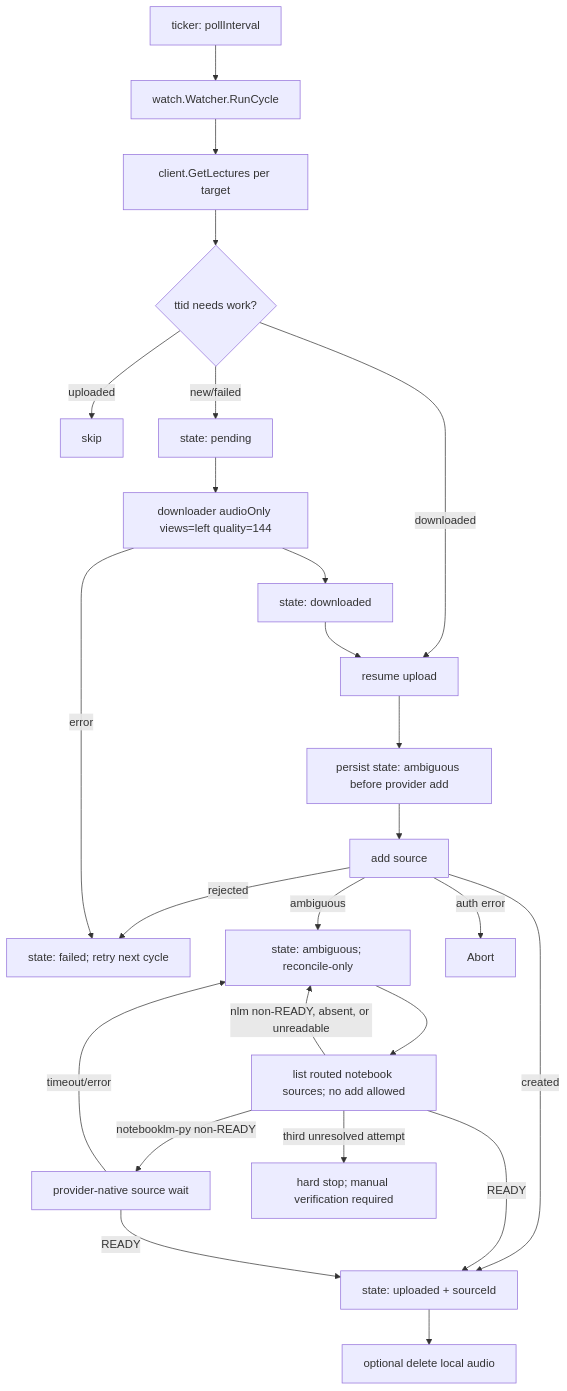
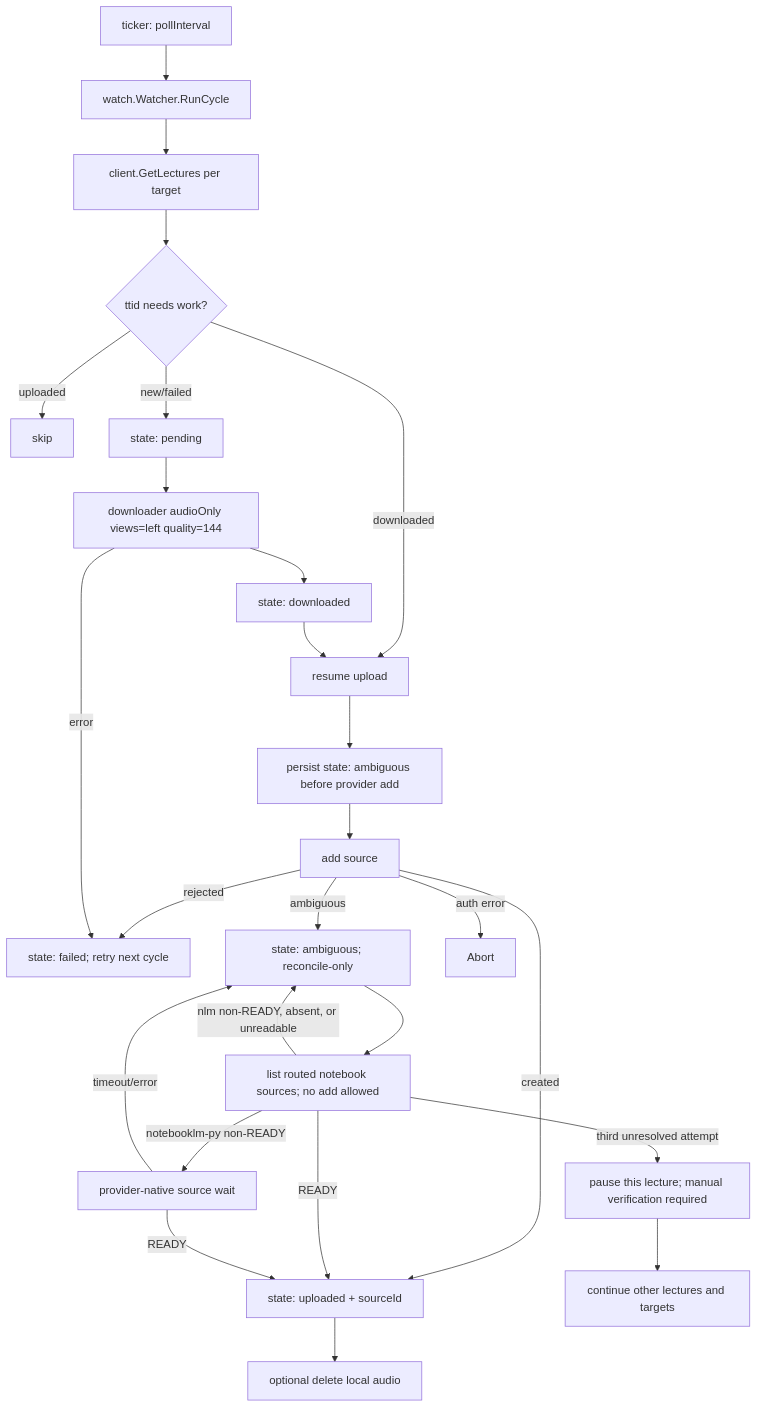
One commit to rabesss/impartus-cli changed the fourth of 6 diagrams in docs/architecture.md. Above: the diagram before and after it, drawn with Mermaid. The commit also changed other lines of this file and 6 other files, not shown here.

````diff
--- a/docs/architecture.md
+++ b/docs/architecture.md
@@ -95,27 +95,28 @@
 ```mermaid
 flowchart TD
   Tick["ticker: pollInterval"] --> Loop
   Loop["watch.Watcher.RunCycle"] --> Fetch["client.GetLectures per target"]
   Fetch --> Diff{"ttid needs work?"}
   Diff -->|uploaded| Skip["skip"]
   Diff -->|downloaded| Up["resume upload"]
   Diff -->|new/failed| Claim["state: pending"]
   Claim --> DL["downloader audioOnly views=left quality=144"]
   DL --> Mark1["state: downloaded"]
   Mark1 --> Up
   Up --> Intent["persist state: ambiguous before provider add"]
   Intent --> Add["add source"]
   Add -->|created| Mark2["state: uploaded + sourceId"]
   Add -->|rejected| Retry["state: failed; retry next cycle"]
   Add -->|ambiguous| Hold["state: ambiguous; reconcile-only"]
   Hold --> SafeRecon["list routed notebook sources; no add allowed"]
   SafeRecon -->|READY| Mark2
   SafeRecon -->|notebooklm-py non-READY| Wait["provider-native source wait"]
   Wait -->|READY| Mark2
   Wait -->|timeout/error| Hold
   SafeRecon -->|nlm non-READY, absent, or unreadable| Hold
-  SafeRecon -->|third unresolved attempt| Stop["hard stop; manual verification required"]
+  SafeRecon -->|third unresolved attempt| Pause["pause this lecture; manual verification required"]
+  Pause --> Continue["continue other lectures and targets"]
   Mark2 --> Clean["optional delete local audio"]
   DL -->|error| Retry
   Add -->|auth error| Abort
 ```
````
